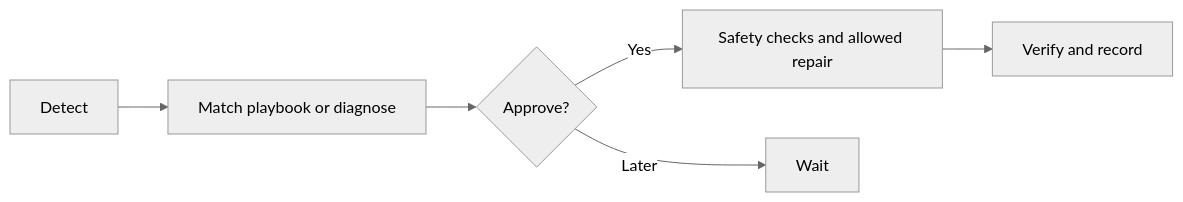
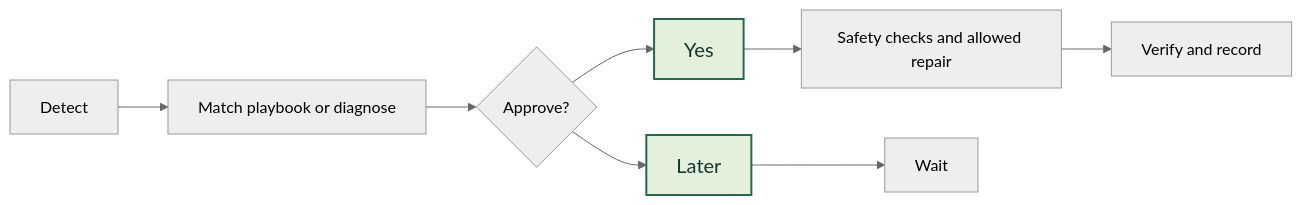
The diagram in README.md (NghiemNgocDuc/SystemX), drawn with Mermaid (neutral theme) before and after one commit.

Commit message:
Emphasize yes and later pipeline choices

````diff
--- a/README.md
+++ b/README.md
@@ -22,8 +22,12 @@
 ```mermaid
 flowchart LR
   detect["Detect"] --> diagnose["Match playbook or diagnose"]
   diagnose --> ask{"Approve?"}
-  ask -->|Yes| repair["Safety checks and allowed repair"]
-  ask -->|Later| wait["Wait"]
+  ask --> yes["Yes"]
+  ask --> later["Later"]
+  yes --> repair["Safety checks and allowed repair"]
+  later --> wait["Wait"]
   repair --> result["Verify and record"]
+  classDef choice fill:#e2f0dc,stroke:#236b49,stroke-width:2px,color:#18362d,font-size:20px
+  class yes,later choice
 ```
````
